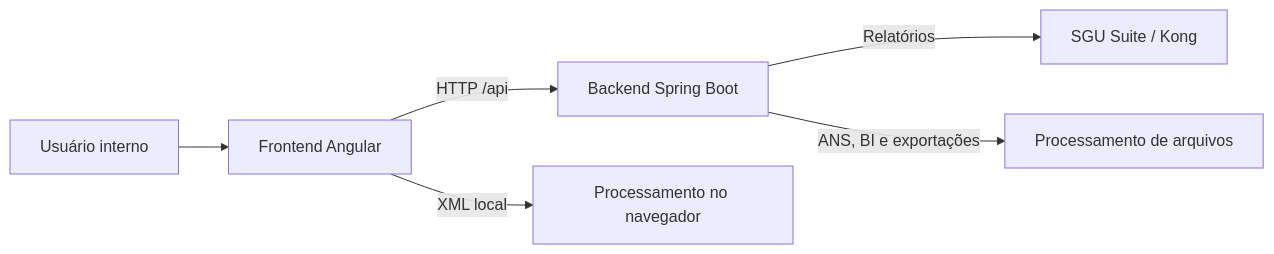
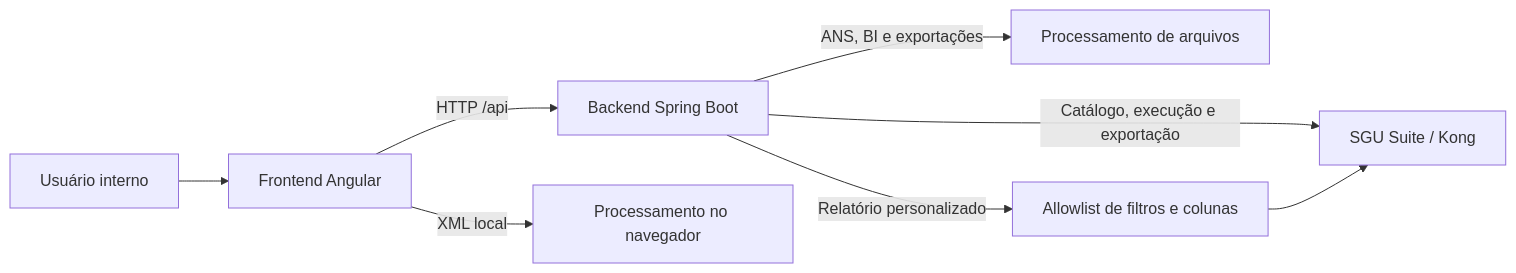
One commit to HeitorLeite/Unimed-Tools changed the first of 3 diagrams in docs/ARQUITETURA.md. Above: the diagram before and after it, drawn with Mermaid. The commit also changed other lines of this file and 17 other files, not shown here.

````diff
--- a/docs/ARQUITETURA.md
+++ b/docs/ARQUITETURA.md
@@ -7,8 +7,10 @@
 ```mermaid
 flowchart LR
     U[Usuário interno] --> F[Frontend Angular]
     F -->|HTTP /api| B[Backend Spring Boot]
-    B -->|Relatórios| S[SGU Suite / Kong]
+    B -->|Catálogo, execução e exportação| S[SGU Suite / Kong]
     F -->|XML local| X[Processamento no navegador]
     B -->|ANS, BI e exportações| A[Processamento de arquivos]
+    B -->|Relatório personalizado| P[Allowlist de filtros e colunas]
+    P --> S
 ```
````
